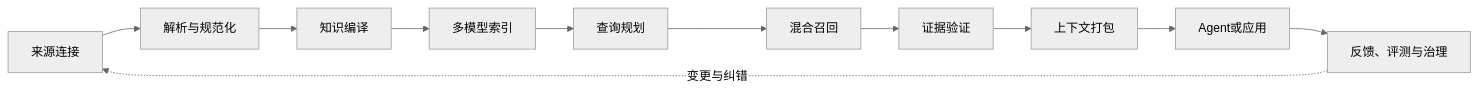
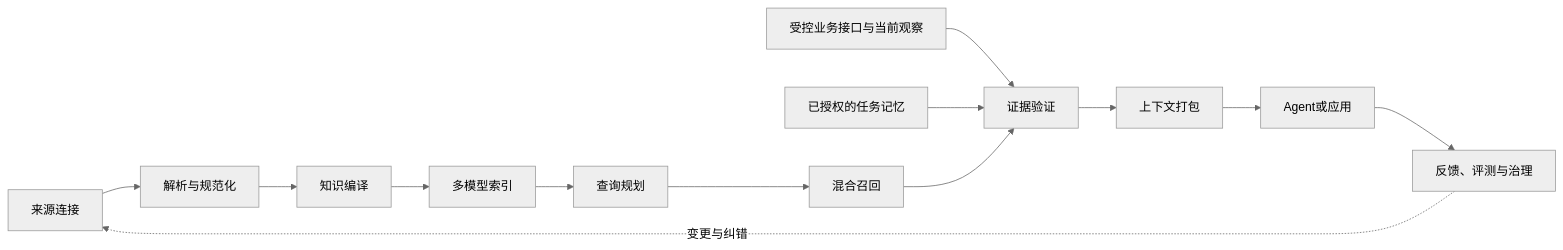
The first of 2 diagrams in book/part-3/chapter-10.md (LENSHOOD/enterprise-context-book), drawn with Mermaid (neutral theme) before and after one commit. The commit also changed other lines of this file and 22 other files, not shown here.

Commit message:
docs: clarify enterprise context logical architecture (rc.10)

````diff
--- a/book/part-3/chapter-10.md
+++ b/book/part-3/chapter-10.md
@@ -13,13 +15,15 @@
 ```mermaid
 flowchart LR
   S[来源连接] --> P[解析与规范化]
   P --> K[知识编译]
   K --> I[多模型索引]
   I --> Q[查询规划]
+  LIVE["受控业务接口与当前观察"] --> E
+  MEM["已授权的任务记忆"] --> E
   Q --> R[混合召回]
   R --> E[证据验证]
   E --> C[上下文打包]
   C --> A[Agent或应用]
   A --> G[反馈、评测与治理]
   G -.变更与纠错.-> S
 ```
````
